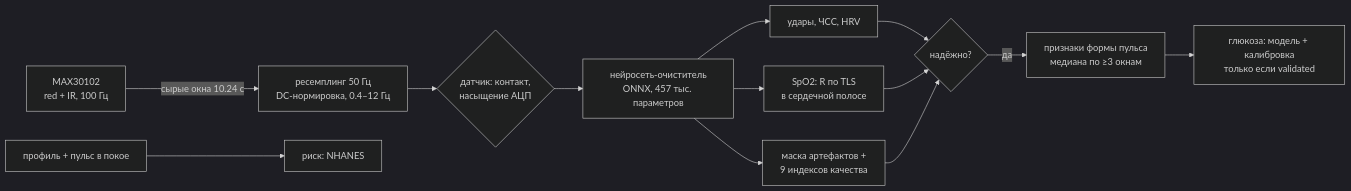
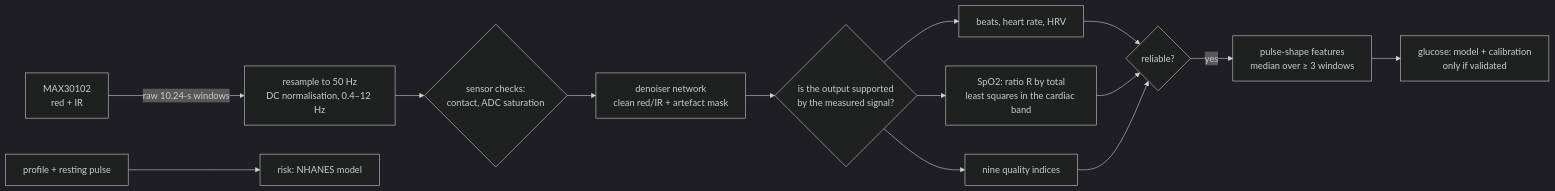
One commit to murzakhmetov/suguard changed the diagram in ml/README.md. Above: the diagram before and after it, drawn with Mermaid (dark theme). The commit also changed other lines of this file and 10 other files, not shown here.

````diff
--- a/ml/README.md
+++ b/ml/README.md
@@ -88,13 +155,14 @@
 ```mermaid
 flowchart LR
-  A[MAX30102<br/>red + IR, 100 Гц] -->|сырые окна 10.24 с| B[ресемплинг 50 Гц<br/>DC-нормировка, 0.4–12 Гц]
-  B --> C{датчик: контакт,<br/>насыщение АЦП}
-  C --> D[нейросеть-очиститель<br/>ONNX, 457 тыс. параметров]
-  D --> E[удары, ЧСС, HRV]
-  D --> F[SpO2: R по TLS<br/>в сердечной полосе]
-  D --> G[маска артефактов +<br/>9 индексов качества]
-  E & F & G --> H{надёжно?}
-  H -->|да| I[признаки формы пульса<br/>медиана по ≥3 окнам]
-  I --> J[глюкоза: модель + калибровка<br/>только если validated]
-  K[профиль + пульс в покое] --> L[риск: NHANES]
+  A[MAX30102<br/>red + IR] -->|raw 10.24-s windows| B[resample to 50 Hz<br/>DC normalisation, 0.4–12 Hz]
+  B --> C{sensor checks:<br/>contact, ADC saturation}
+  C --> D[denoiser network<br/>clean red/IR + artefact mask]
+  D --> S{is the output supported<br/>by the measured signal?}
+  S --> E[beats, heart rate, HRV]
+  S --> F[SpO2: ratio R by total<br/>least squares in the cardiac band]
+  S --> G[nine quality indices]
+  E & F & G --> H{reliable?}
+  H -->|yes| I[pulse-shape features<br/>median over ≥ 3 windows]
+  I --> J[glucose: model + calibration<br/>only if validated]
+  K[profile + resting pulse] --> L[risk: NHANES model]
 ```
````
